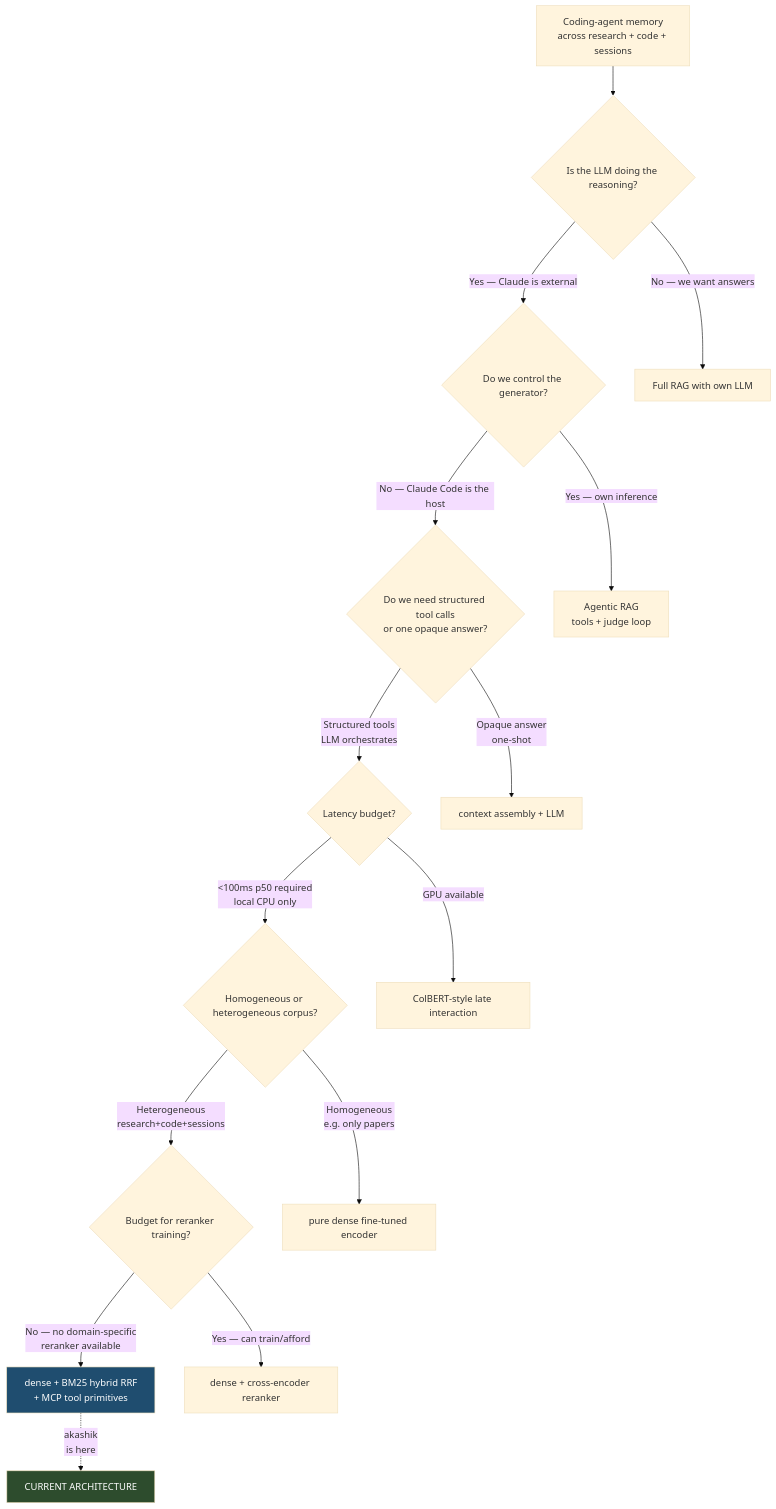
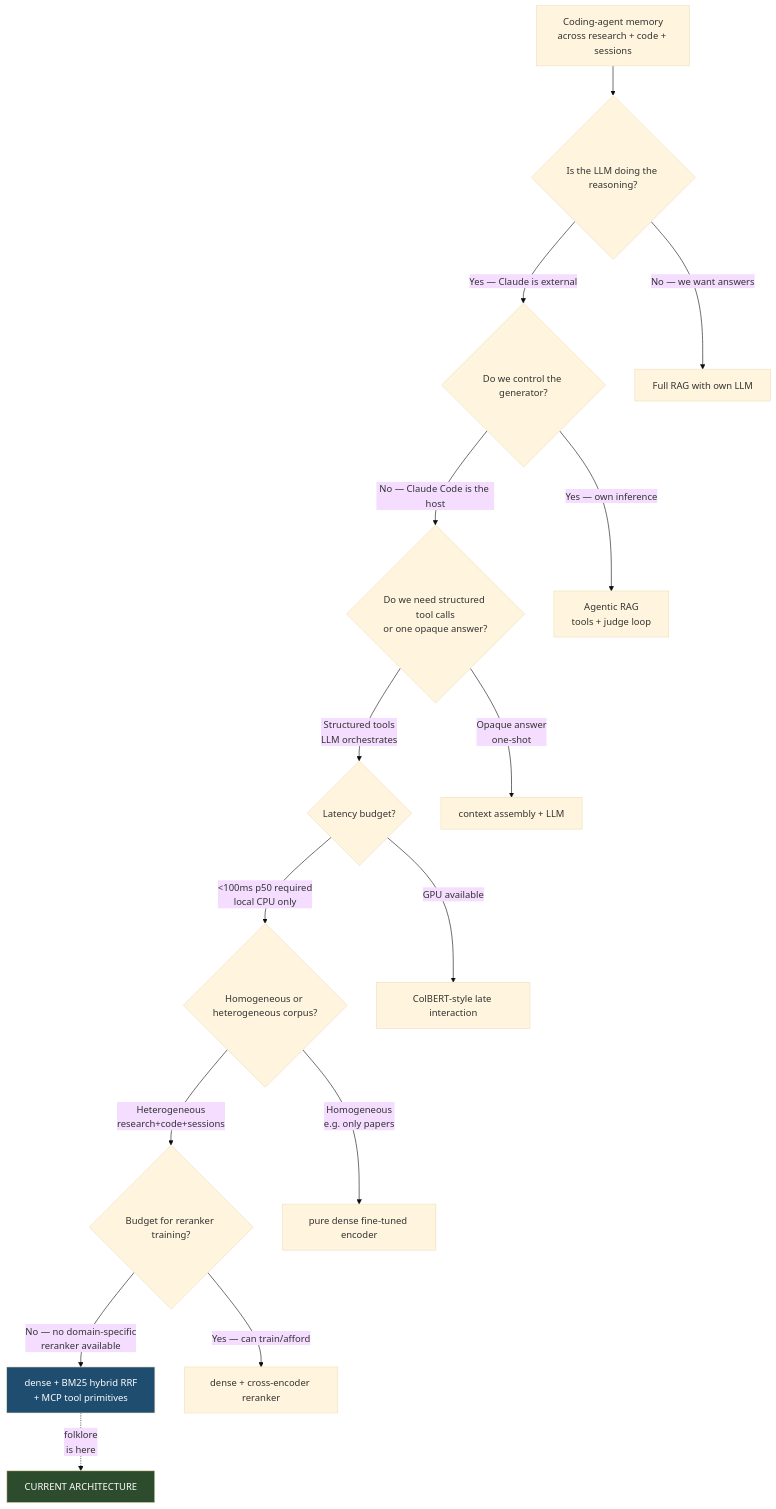
Before and after one commit to usefolklore/folklore: the second of 3 diagrams in .planning/audits/ai-solution-architect.md, drawn with Mermaid (base theme). The commit also changed other lines of this file and 442 other files, not shown here.

````diff
--- a/.planning/audits/ai-solution-architect.md
+++ b/.planning/audits/ai-solution-architect.md
@@ -78,22 +78,22 @@
 ```mermaid
 flowchart TD
     Q[Coding-agent memory<br/>across research + code + sessions]
     Q --> Q1{Is the LLM doing the reasoning?}
     Q1 -->|Yes — Claude is external| Q2{Do we control the generator?}
     Q1 -->|No — we want answers| RAG[Full RAG with own LLM]
     Q2 -->|No — Claude Code is the host| Q3{Do we need structured tool calls<br/>or one opaque answer?}
     Q2 -->|Yes — own inference| AgRAG[Agentic RAG<br/>tools + judge loop]
     Q3 -->|Structured tools<br/>LLM orchestrates| Q4{Latency budget?}
     Q3 -->|Opaque answer<br/>one-shot| SimpleRAG[context assembly + LLM]
     Q4 -->|<100ms p50 required<br/>local CPU only| Q5{Homogeneous or heterogeneous corpus?}
     Q4 -->|GPU available| LateInt[ColBERT-style late interaction]
     Q5 -->|Heterogeneous<br/>research+code+sessions| Q6{Budget for reranker training?}
     Q5 -->|Homogeneous<br/>e.g. only papers| PureDense[pure dense fine-tuned encoder]
     Q6 -->|No — no domain-specific<br/>reranker available| HybridBM25[dense + BM25 hybrid RRF<br/>+ MCP tool primitives]
     Q6 -->|Yes — can train/afford| Cross[dense + cross-encoder reranker]
 
-    HybridBM25 -.->|akashik<br/>is here| Current[CURRENT ARCHITECTURE]
+    HybridBM25 -.->|folklore<br/>is here| Current[CURRENT ARCHITECTURE]
 
     style Current fill:#2d4c2d,color:#fff
     style HybridBM25 fill:#1f4d6f,color:#fff
 ```
````
